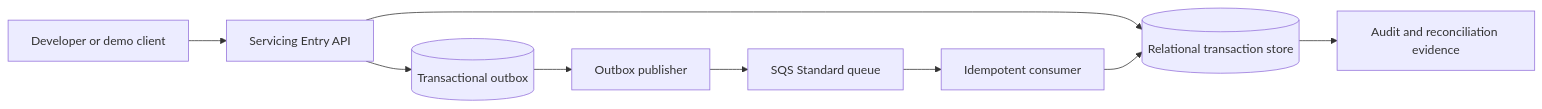
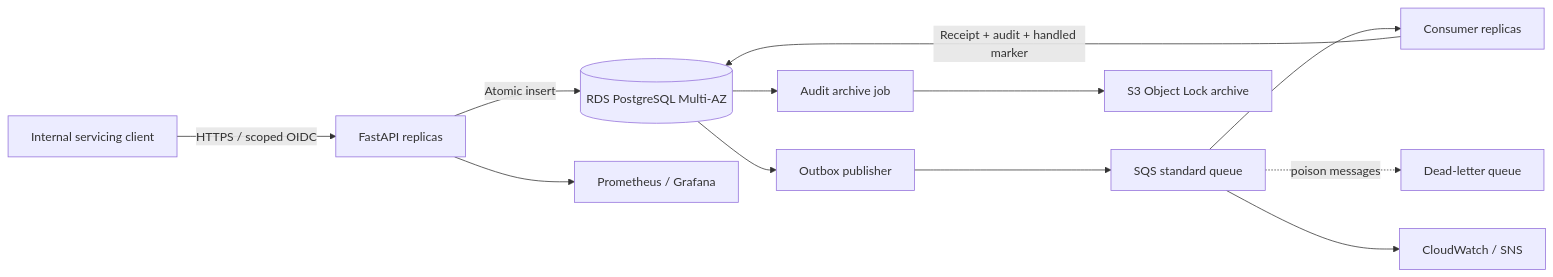
The diagram in README.md (DataOpsInnovator/servicing-ledger-platform), drawn with Mermaid before and after one commit. The commit also changed other lines of this file and 90 other files, not shown here.

````diff
--- a/README.md
+++ b/README.md
@@ -70,11 +24,14 @@
 ```mermaid
 flowchart LR
-  Dev[Developer or demo client] --> API[Servicing Entry API]
-  API --> DB[(Relational transaction store)]
-  API --> O[(Transactional outbox)]
-  O --> Pub[Outbox publisher]
-  Pub --> Q[SQS Standard queue]
-  Q --> Consumer[Idempotent consumer]
-  Consumer --> DB
-  DB --> Audit[Audit and reconciliation evidence]
+  Client[Internal servicing client] -->|HTTPS / scoped OIDC| API[FastAPI replicas]
+  API -->|Atomic insert| DB[(RDS PostgreSQL Multi-AZ)]
+  DB --> PUB[Outbox publisher]
+  PUB --> Q[SQS standard queue]
+  Q --> CON[Consumer replicas]
+  Q -. poison messages .-> DLQ[Dead-letter queue]
+  CON -->|Receipt + audit + handled marker| DB
+  DB --> ARC[Audit archive job]
+  ARC --> WORM[S3 Object Lock archive]
+  API --> MET[Prometheus / Grafana]
+  Q --> CW[CloudWatch / SNS]
 ```
````
